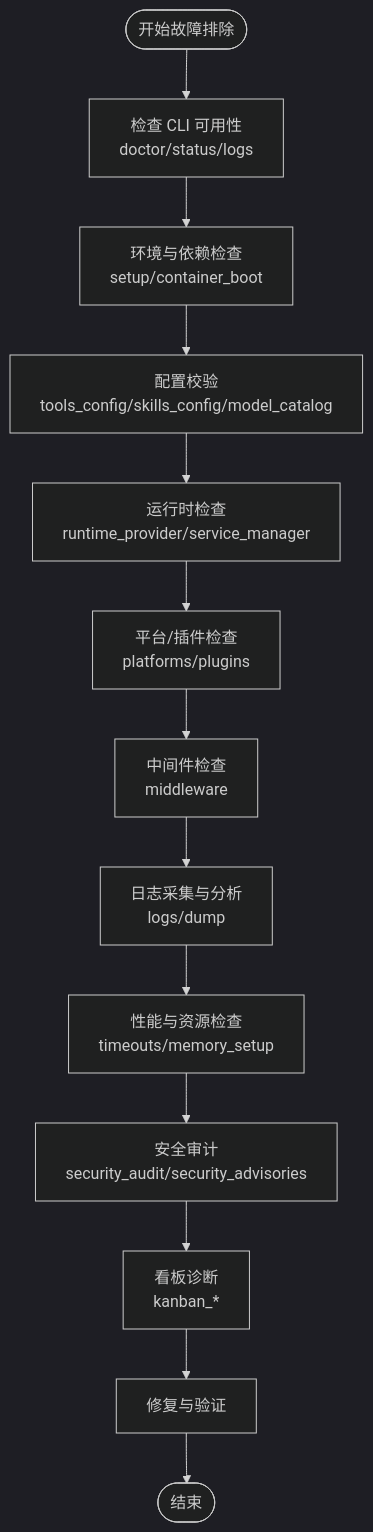
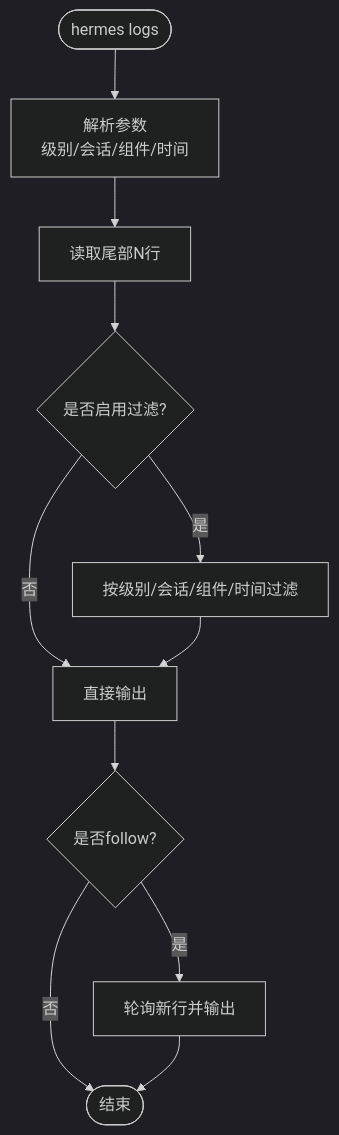
Before and after one commit to haolange/hermes-agent: the fourth of 9 diagrams in .qoder/repowiki/zh/content/故障排除.md, drawn with Mermaid (dark theme). The commit also changed other lines of this file and 1206 other files, not shown here.

````diff
--- a/.qoder/repowiki/zh/content/故障排除.md
+++ b/.qoder/repowiki/zh/content/故障排除.md
@@ -440,15 +148,13 @@
 ```mermaid
 flowchart TD
-Start(["开始故障排除"]) --> CheckCLI["检查 CLI 可用性<br/>doctor/status/logs"]
-CheckCLI --> Env["环境与依赖检查<br/>setup/container_boot"]
-Env --> Cfg["配置校验<br/>tools_config/skills_config/model_catalog"]
-Cfg --> Run["运行时检查<br/>runtime_provider/service_manager"]
-Run --> Plat["平台/插件检查<br/>platforms/plugins"]
-Plat --> Mid["中间件检查<br/>middleware"]
-Mid --> Log["日志采集与分析<br/>logs/dump"]
-Log --> Perf["性能与资源检查<br/>timeouts/memory_setup"]
-Perf --> Sec["安全审计<br/>security_audit/security_advisories"]
-Sec --> Kanban["看板诊断<br/>kanban_*"]
-Kanban --> Resolve["修复与验证"]
-Resolve --> End(["结束"])
+LStart(["hermes logs"]) --> ParseArgs["解析参数<br/>级别/会话/组件/时间"]
+ParseArgs --> ReadTail["读取尾部N行"]
+ReadTail --> ApplyFilters{"是否启用过滤?"}
+ApplyFilters --> |是| FilterLines["按级别/会话/组件/时间过滤"]
+ApplyFilters --> |否| Output["直接输出"]
+FilterLines --> Output
+Output --> Follow{"是否follow?"}
+Follow --> |是| Poll["轮询新行并输出"]
+Follow --> |否| End(["结束"])
+Poll --> End
 ```
````
